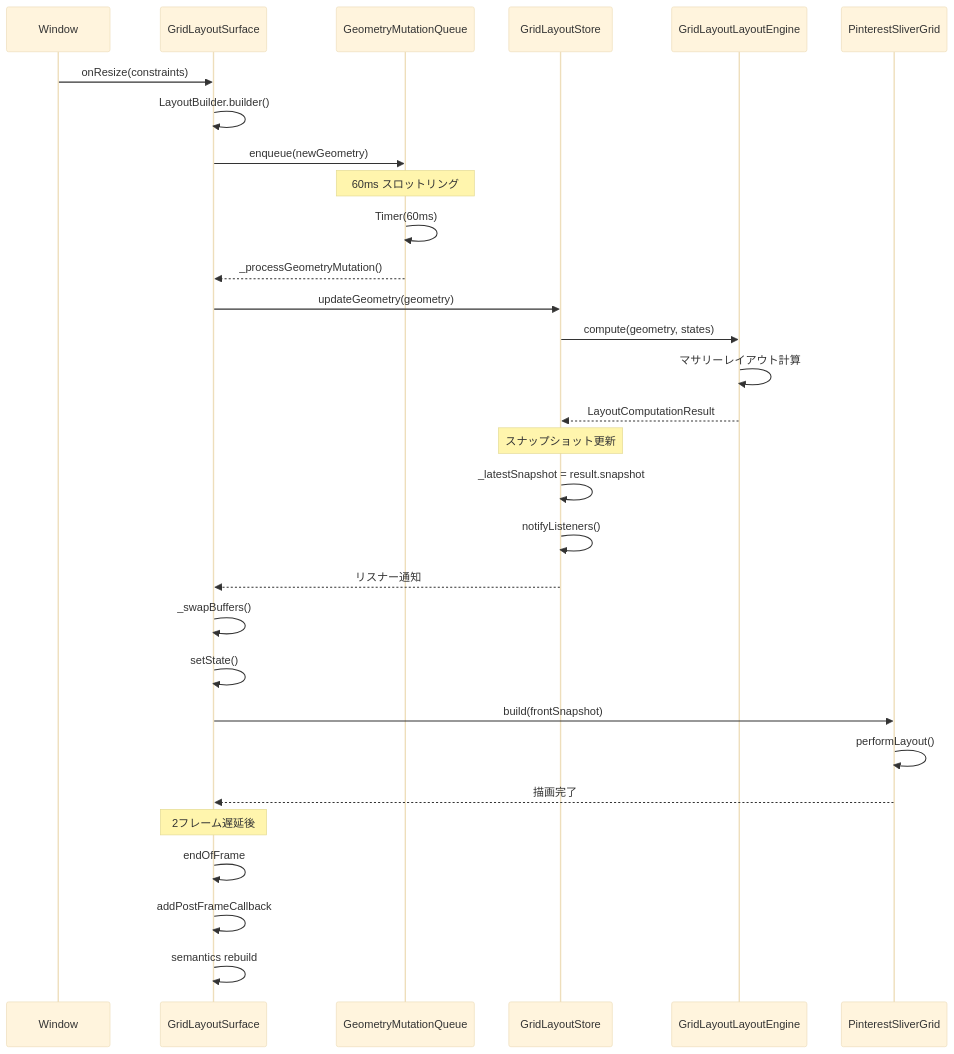
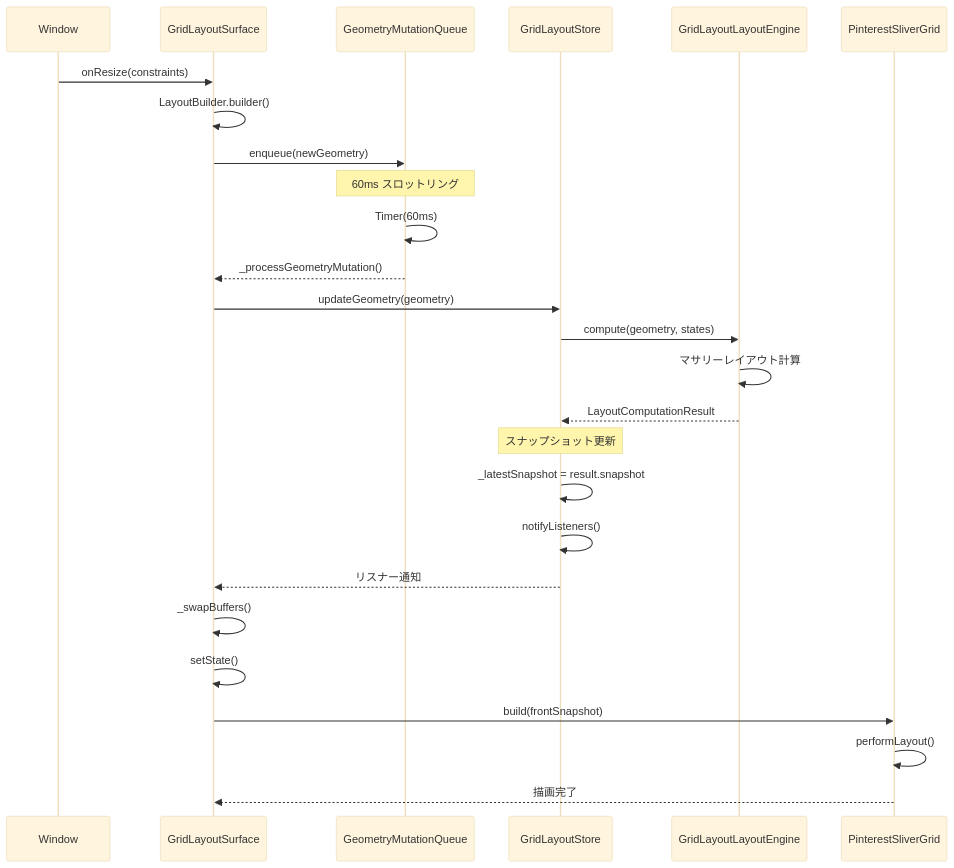
One commit to lietsee/clip-pix changed the third of 10 diagrams in docs/architecture/grid_rendering_pipeline.md. Above: the diagram before and after it, drawn with Mermaid (base theme). The commit also changed other lines of this file and 14 other files, not shown here.

````diff
--- a/docs/architecture/grid_rendering_pipeline.md
+++ b/docs/architecture/grid_rendering_pipeline.md
@@ -127,39 +118,34 @@
 ```mermaid
 sequenceDiagram
     participant Window
     participant Surface as GridLayoutSurface
     participant Queue as GeometryMutationQueue
     participant Store as GridLayoutStore
     participant Engine as GridLayoutLayoutEngine
     participant Sliver as PinterestSliverGrid
 
     Window->>Surface: onResize(constraints)
     Surface->>Surface: LayoutBuilder.builder()
     Surface->>Queue: enqueue(newGeometry)
 
     Note over Queue: 60ms スロットリング
     Queue->>Queue: Timer(60ms)
     Queue-->>Surface: _processGeometryMutation()
 
     Surface->>Store: updateGeometry(geometry)
     Store->>Engine: compute(geometry, states)
     Engine->>Engine: マサリーレイアウト計算
     Engine-->>Store: LayoutComputationResult
 
     Note over Store: スナップショット更新
     Store->>Store: _latestSnapshot = result.snapshot
     Store->>Store: notifyListeners()
 
     Store-->>Surface: リスナー通知
     Surface->>Surface: _swapBuffers()
     Surface->>Surface: setState()
 
     Surface->>Sliver: build(frontSnapshot)
     Sliver->>Sliver: performLayout()
     Sliver-->>Surface: 描画完了
-
-    Note over Surface: 2フレーム遅延後
-    Surface->>Surface: endOfFrame
-    Surface->>Surface: addPostFrameCallback
-    Surface->>Surface: semantics rebuild
 ```
````
